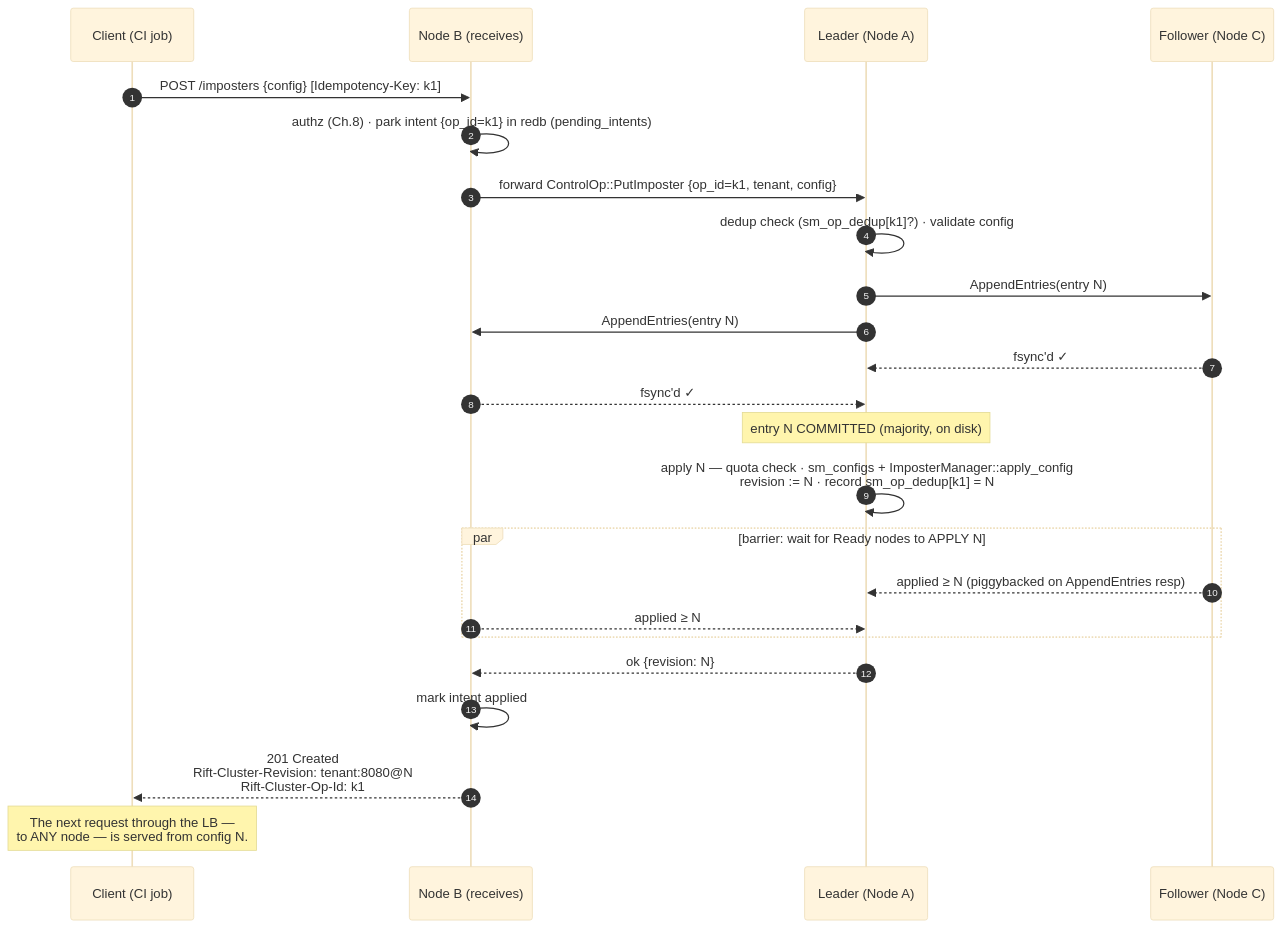
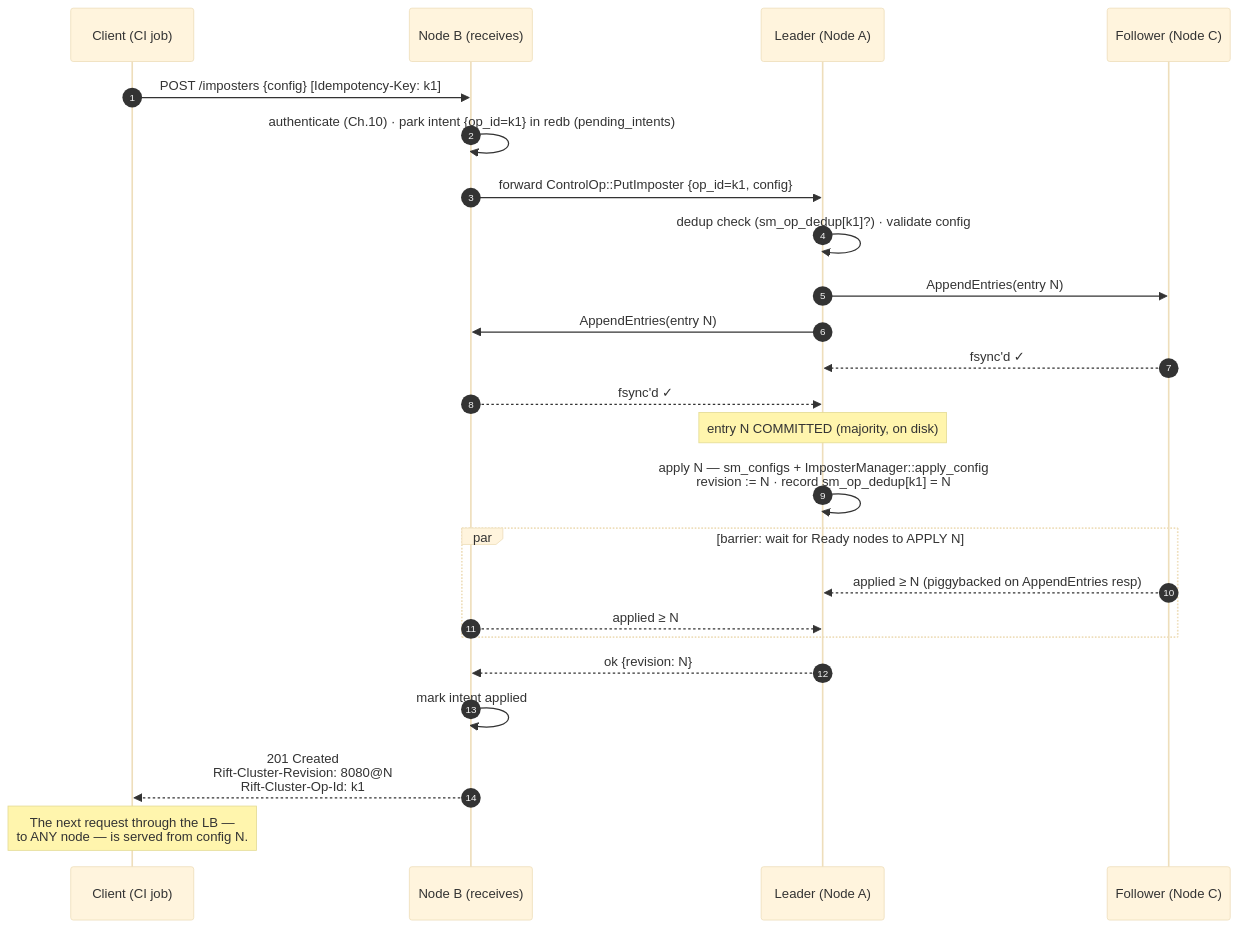
The diagram in docs/architecture/04-write-path.md (achird-labs/rift-cluster), drawn with Mermaid (base theme) before and after one commit. The commit also changed other lines of this file and 167 other files, not shown here.

````diff
--- a/docs/architecture/04-write-path.md
+++ b/docs/architecture/04-write-path.md
@@ -11,27 +12,27 @@
 ```mermaid
 sequenceDiagram
     autonumber
     participant C as Client (CI job)
     participant B as Node B (receives)
     participant L as Leader (Node A)
     participant F as Follower (Node C)
 
     C->>B: POST /imposters {config}  [Idempotency-Key: k1]
-    B->>B: authz (Ch.8) · park intent {op_id=k1} in redb (pending_intents)
-    B->>L: forward ControlOp::PutImposter {op_id=k1, tenant, config}
+    B->>B: authenticate (Ch.10) · park intent {op_id=k1} in redb (pending_intents)
+    B->>L: forward ControlOp::PutImposter {op_id=k1, config}
     L->>L: dedup check (sm_op_dedup[k1]?) · validate config
     L->>F: AppendEntries(entry N)
     L->>B: AppendEntries(entry N)
     F-->>L: fsync'd ✓
     B-->>L: fsync'd ✓
     Note over L: entry N COMMITTED (majority, on disk)
-    L->>L: apply N — quota check · sm_configs + ImposterManager::apply_config<br/>revision := N · record sm_op_dedup[k1] = N
+    L->>L: apply N — sm_configs + ImposterManager::apply_config<br/>revision := N · record sm_op_dedup[k1] = N
     par barrier: wait for Ready nodes to APPLY N
         F-->>L: applied ≥ N (piggybacked on AppendEntries resp)
         B-->>L: applied ≥ N
     end
     L-->>B: ok {revision: N}
     B->>B: mark intent applied
-    B-->>C: 201 Created<br/>Rift-Cluster-Revision: tenant:8080@N<br/>Rift-Cluster-Op-Id: k1
+    B-->>C: 201 Created<br/>Rift-Cluster-Revision: 8080@N<br/>Rift-Cluster-Op-Id: k1
     Note over C: The next request through the LB —<br/>to ANY node — is served from config N.
 ```
````
